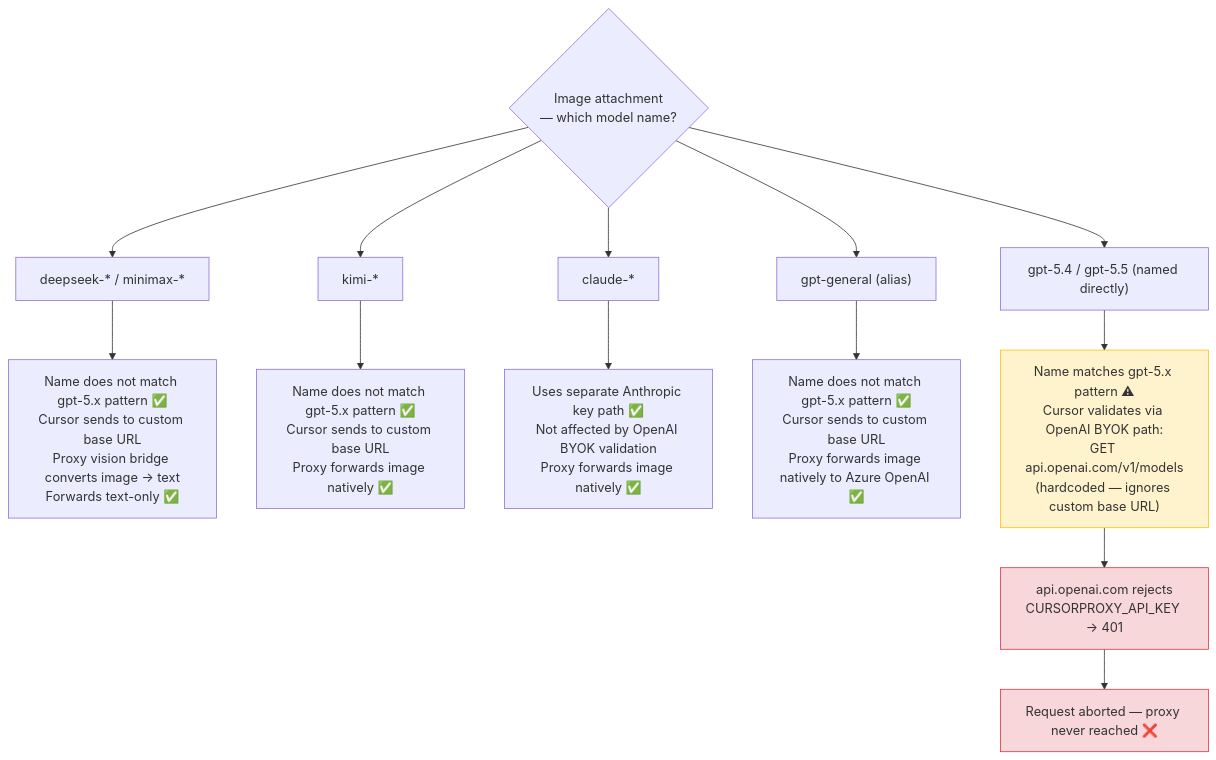
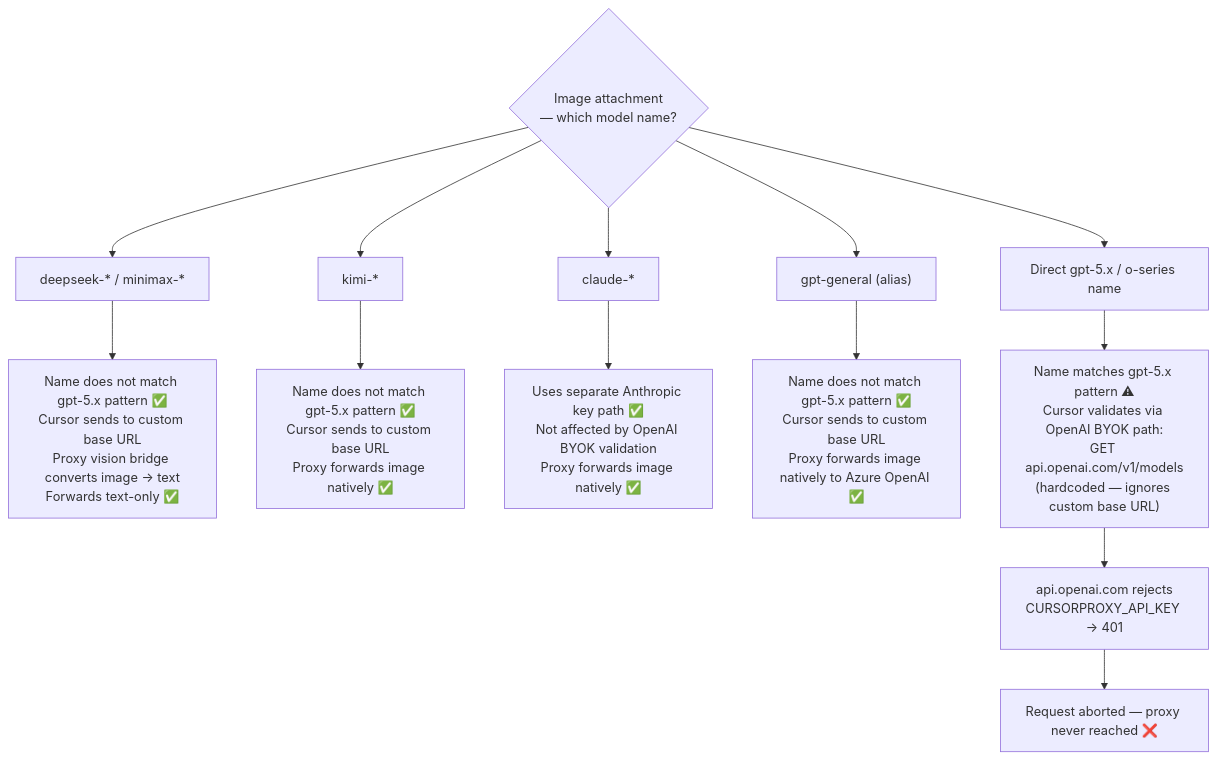
Before and after one commit to lqdflying/cursorProxy: the third of 3 diagrams in doc/known-issues.md, drawn with Mermaid. The commit also changed other lines of this file and 7 other files, not shown here.

````diff
--- a/doc/known-issues.md
+++ b/doc/known-issues.md
@@ -155,31 +158,27 @@
 ```mermaid
 flowchart TD
     IMG{"Image attachment\n— which model name?"}
 
     DS_MM["deepseek-* / minimax-*"]
     DS_PATH["Name does not match gpt-5.x pattern ✅\nCursor sends to custom base URL\nProxy vision bridge converts image → text\nForwards text-only ✅"]
 
     KIMI["kimi-*"]
     KIMI_PATH["Name does not match gpt-5.x pattern ✅\nCursor sends to custom base URL\nProxy forwards image natively ✅"]
 
     AA["claude-*"]
     AA_PATH["Uses separate Anthropic key path ✅\nNot affected by OpenAI BYOK validation\nProxy forwards image natively ✅"]
 
     GG["gpt-general (alias)"]
     GG_PATH["Name does not match gpt-5.x pattern ✅\nCursor sends to custom base URL\nProxy forwards image natively to Azure OpenAI ✅"]
 
-    AO["gpt-5.4 / gpt-5.5 (named directly)"]
+    AO["Direct gpt-5.x / o-series name"]
     IMG_VAL["Name matches gpt-5.x pattern ⚠\nCursor validates via OpenAI BYOK path:\nGET api.openai.com/v1/models\n(hardcoded — ignores custom base URL)"]
     IMG_FAIL["api.openai.com rejects\nCURSORPROXY_API_KEY → 401"]
     IMG_ABORT["Request aborted — proxy never reached ❌"]
 
     IMG --> DS_MM --> DS_PATH
     IMG --> KIMI --> KIMI_PATH
     IMG --> AA --> AA_PATH
     IMG --> GG --> GG_PATH
     IMG --> AO --> IMG_VAL --> IMG_FAIL --> IMG_ABORT
-
-    style IMG_VAL fill:#fff3cd,stroke:#ffc107
-    style IMG_FAIL fill:#f8d7da,stroke:#dc3545
-    style IMG_ABORT fill:#f8d7da,stroke:#dc3545
 ```
````
